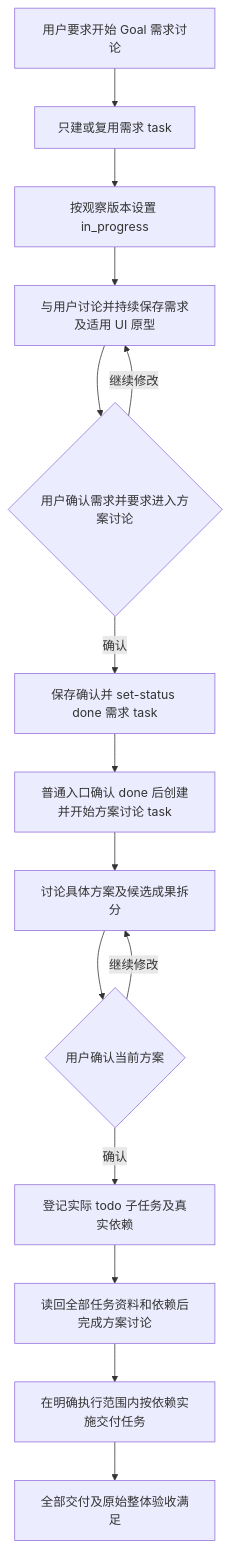
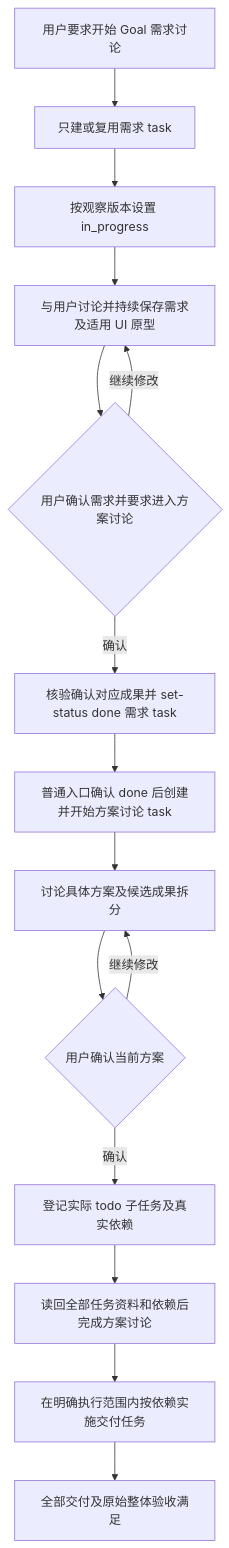
Before and after one commit to codetreker/daynight: the diagram in docs/design/daynight-goal-workflow.md, drawn with Mermaid. The commit also changed other lines of this file and 28 other files, not shown here.

````diff
--- a/docs/design/daynight-goal-workflow.md
+++ b/docs/design/daynight-goal-workflow.md
@@ -50,17 +50,17 @@
 ```mermaid
 flowchart TD
     A[用户要求开始 Goal 需求讨论] --> B[只建或复用需求 task]
     B --> C[按观察版本设置 in_progress]
     C --> D[与用户讨论并持续保存需求及适用 UI 原型]
     D --> E{用户确认需求并要求进入方案讨论}
     E -->|继续修改| D
-    E -->|确认| F[保存确认并 set-status done 需求 task]
+    E -->|确认| F[核验确认对应成果并 set-status done 需求 task]
     F --> G[普通入口确认 done 后创建并开始方案讨论 task]
     G --> H[讨论具体方案及候选成果拆分]
     H --> I{用户确认当前方案}
     I -->|继续修改| H
     I -->|确认| J[登记实际 todo 子任务及真实依赖]
     J --> K[读回全部任务资料和依赖后完成方案讨论]
     K --> L[在明确执行范围内按依赖实施交付任务]
     L --> M[全部交付及原始整体验收满足]
 ```
````
